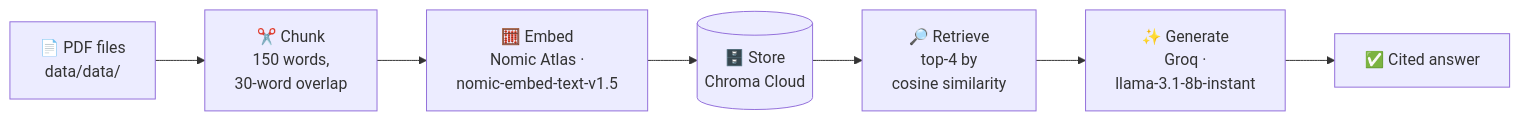
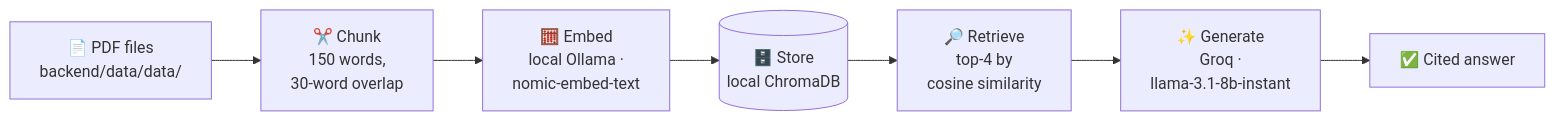
One commit to nitingawali27/rag-knowledge-explorer changed the second of 3 diagrams in README.md. Above: the diagram before and after it, drawn with Mermaid. The commit also changed other lines of this file and 14 other files, not shown here.

First line of the commit message:
Revert backend to local Ollama + local ChromaDB, drop Vercel deployment

````diff
--- a/README.md
+++ b/README.md
@@ -75,9 +75,9 @@
 ```mermaid
 flowchart LR
-    A["📄 PDF files<br/>data/data/"] --> B["✂️ Chunk<br/>150 words,<br/>30-word overlap"]
-    B --> C["🧮 Embed<br/>Nomic Atlas ·<br/>nomic-embed-text-v1.5"]
-    C --> D[("🗄️ Store<br/>Chroma Cloud")]
+    A["📄 PDF files<br/>backend/data/data/"] --> B["✂️ Chunk<br/>150 words,<br/>30-word overlap"]
+    B --> C["🧮 Embed<br/>local Ollama ·<br/>nomic-embed-text"]
+    C --> D[("🗄️ Store<br/>local ChromaDB")]
     D --> E["🔎 Retrieve<br/>top-4 by<br/>cosine similarity"]
     E --> F["✨ Generate<br/>Groq ·<br/>llama-3.1-8b-instant"]
     F --> G["✅ Cited answer"]
 ```
````
